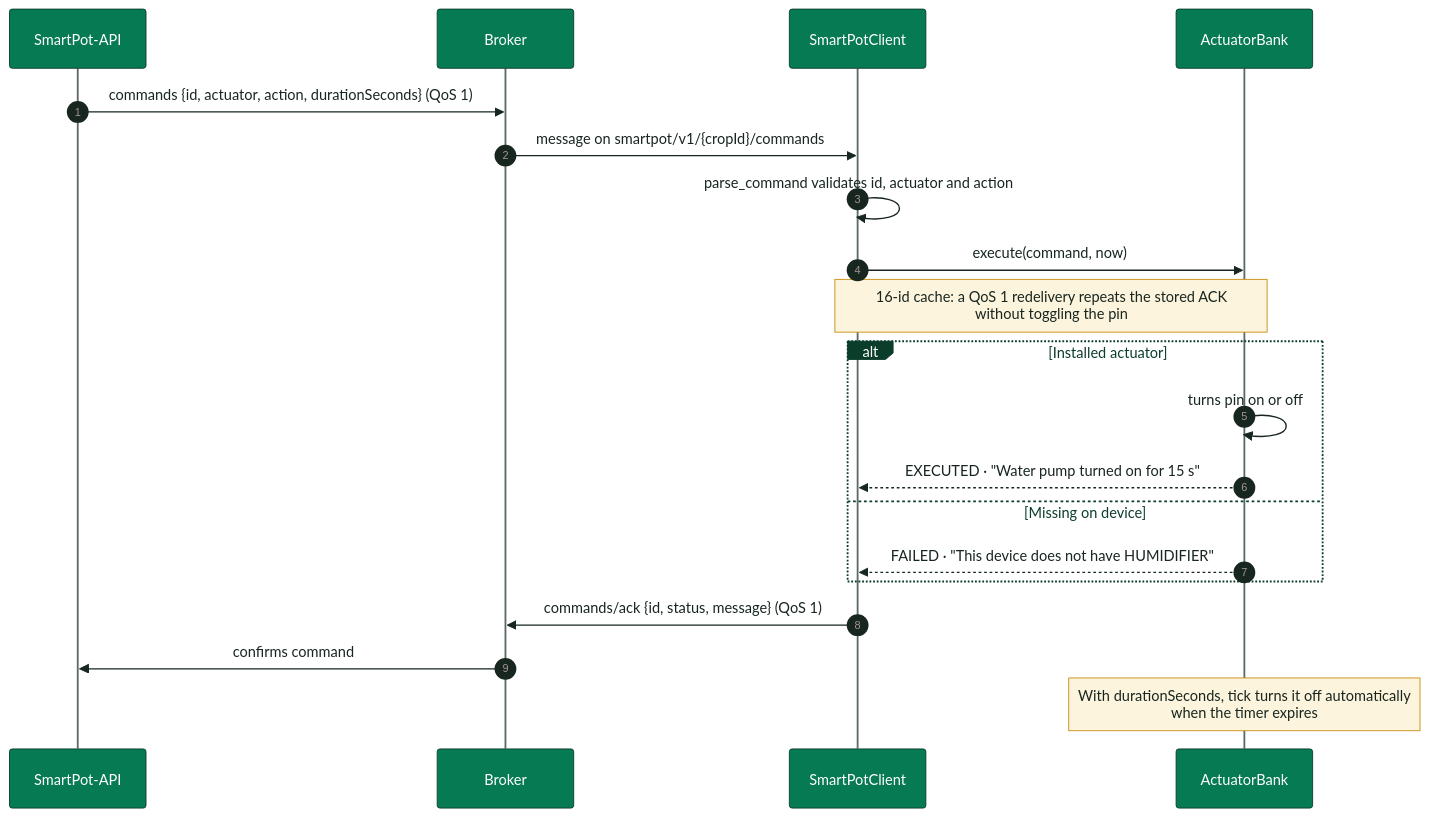
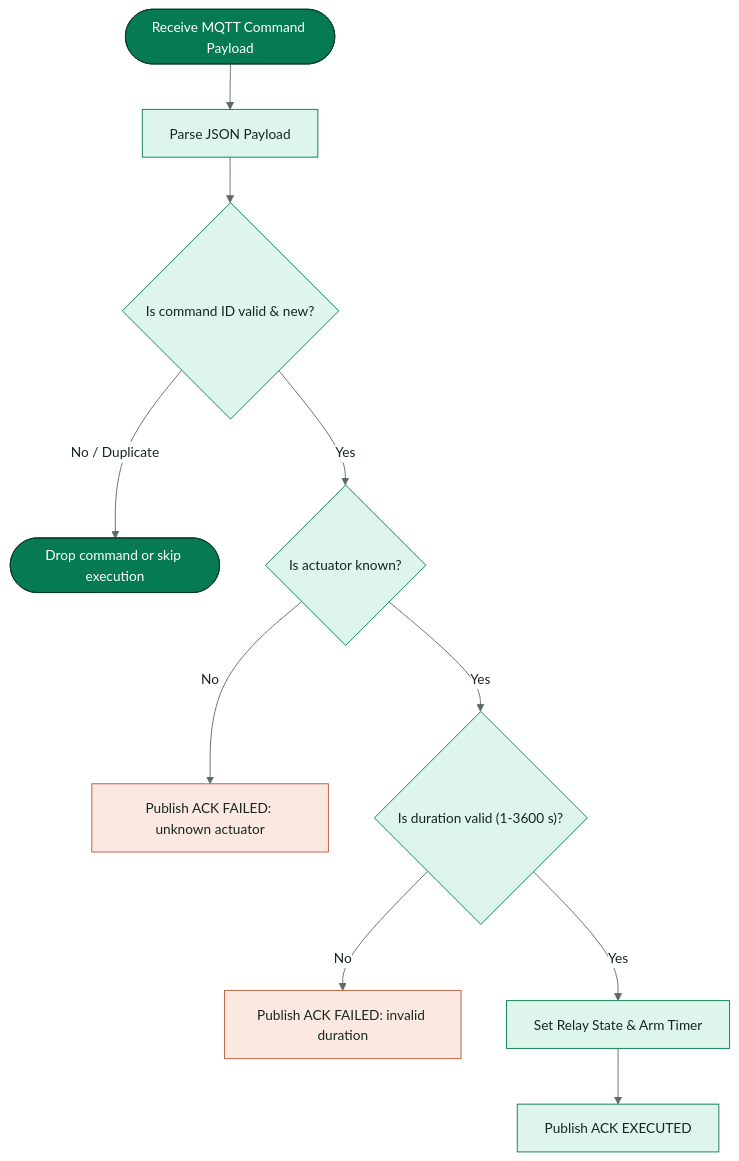
The third of 3 diagrams in docs/SmartPot_IoT_Documentation.md (SmartPotTech/SmartPot-IoT-Python), drawn with Mermaid before and after one commit. The commit also changed other lines of this file and 12 other files, not shown here.

Commit message:
docs(specs): synchronize 100% english documentation, diagrams, and formal deliverables

````diff
--- a/docs/SmartPot_IoT_Documentation.md
+++ b/docs/SmartPot_IoT_Documentation.md
@@ -134,23 +113,19 @@
 ```mermaid
 %%{init: {"theme": "base", "fontFamily": "Segoe UI, Arial, sans-serif", "themeVariables": {"fontFamily": "Segoe UI, Arial, sans-serif", "fontSize": "15px", "primaryColor": "#DDF5EA", "primaryTextColor": "#17261F", "primaryBorderColor": "#067A52", "secondaryColor": "#E3F2FB", "secondaryTextColor": "#17261F", "secondaryBorderColor": "#1F6FA0", "tertiaryColor": "#F2F7F4", "tertiaryTextColor": "#17261F", "tertiaryBorderColor": "#D5E3DC", "lineColor": "#5B6B63", "textColor": "#17261F", "mainBkg": "#DDF5EA", "nodeBorder": "#067A52", "clusterBkg": "#F7FAF8", "clusterBorder": "#D5E3DC", "edgeLabelBackground": "#FFFFFF", "actorBkg": "#067A52", "actorBorder": "#0B3D2B", "actorTextColor": "#FFFFFF", "actorLineColor": "#5B6B63", "signalColor": "#17261F", "signalTextColor": "#17261F", "labelBoxBkgColor": "#0B3D2B", "labelBoxBorderColor": "#0B3D2B", "labelTextColor": "#FFFFFF", "loopTextColor": "#0B3D2B", "noteBkgColor": "#FDF4DD", "noteBorderColor": "#C98D12", "noteTextColor": "#17261F", "activationBkgColor": "#DDF5EA", "activationBorderColor": "#067A52", "attributeBackgroundColorOdd": "#FFFFFF", "attributeBackgroundColorEven": "#F2F7F4"}}}%%
-sequenceDiagram
-  autonumber
-  participant A as SmartPot-API
-  participant B as Broker
-  participant C as SmartPotClient
-  participant K as ActuatorBank
-  A->>B: commands {id, actuator, action, durationSeconds} (QoS 1)
-  B->>C: message on smartpot/v1/{cropId}/commands
-  C->>C: parse_command validates id, actuator and action
-  C->>K: execute(command, now)
-  Note over C,K: 16-id cache: a QoS 1 redelivery repeats the stored ACK<br/>without toggling the pin
-  alt Installed actuator
-    K->>K: turns pin on or off
-    K-->>C: EXECUTED · "Water pump turned on for 15 s"
-  else Missing on device
-    K-->>C: FAILED · "This device does not have HUMIDIFIER"
-  end
-  C->>B: commands/ack {id, status, message} (QoS 1)
-  B->>A: confirms command
-  Note over K: With durationSeconds, tick turns it off automatically<br/>when the timer expires
+flowchart TB
+  recv(["Receive MQTT Command Payload"]) --> parse["Parse JSON Payload"]
+  parse --> checkId{"Is command ID valid & new?"}
+  checkId -->|"No / Duplicate"| drop(["Drop command or skip execution"])
+  checkId -->|"Yes"| actCheck{"Is actuator known?"}
+  actCheck -->|"No"| failAck["Publish ACK FAILED: unknown actuator"]
+  actCheck -->|"Yes"| durCheck{"Is duration valid (1-3600 s)?"}
+  durCheck -->|"No"| failDur["Publish ACK FAILED: invalid duration"]
+  durCheck -->|"Yes"| exec["Set Relay State & Arm Timer"]
+  exec --> ack["Publish ACK EXECUTED"]
+  classDef core fill:#067A52,stroke:#0B3D2B,color:#FFFFFF
+  classDef leaf fill:#DDF5EA,stroke:#067A52,color:#17261F
+  classDef clay fill:#FBE9E1,stroke:#B85A38,color:#17261F
+  class recv,drop core
+  class parse,checkId,actCheck,durCheck,exec,ack leaf
+  class failAck,failDur clay
 ```
````
